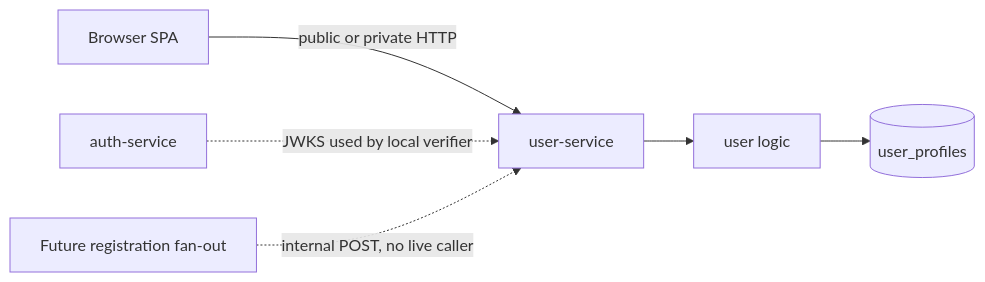
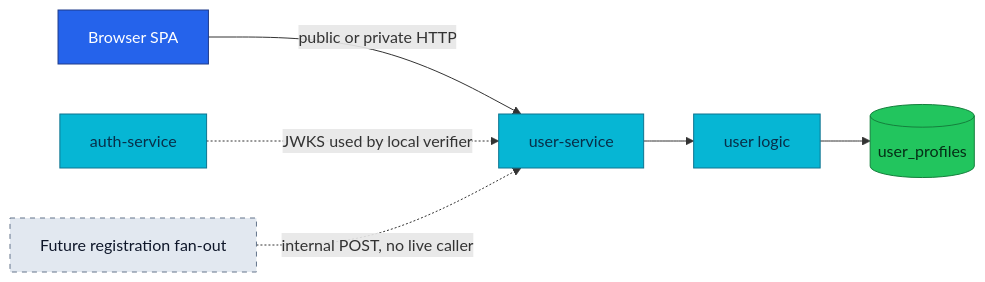
Before and after one commit to duynhlab/homelab: the diagram in docs/api/user.md, drawn with Mermaid. The commit also changed other lines of this file and 15 other files, not shown here.

First line of the commit message:
Improve API architecture diagrams (#513)

````diff
--- a/docs/api/user.md
+++ b/docs/api/user.md
@@ -21,8 +21,17 @@
 ```mermaid
 flowchart LR
     SPA[Browser SPA] -->|public or private HTTP| User[user-service]
     User --> Logic[user logic]
     Logic --> DB[(user_profiles)]
     Auth[auth-service] -. JWKS used by local verifier .-> User
     Future[Future registration fan-out] -. internal POST, no live caller .-> User
+
+    classDef edge fill:#2563eb,color:#fff,stroke:#1e3a8a;
+    classDef service fill:#06b6d4,color:#082f49,stroke:#0e7490;
+    classDef data fill:#22c55e,color:#052e16,stroke:#15803d;
+    classDef planned fill:#e2e8f0,color:#0f172a,stroke:#64748b,stroke-dasharray:5 5;
+    class SPA edge;
+    class User,Logic,Auth service;
+    class DB data;
+    class Future planned;
 ```
````
